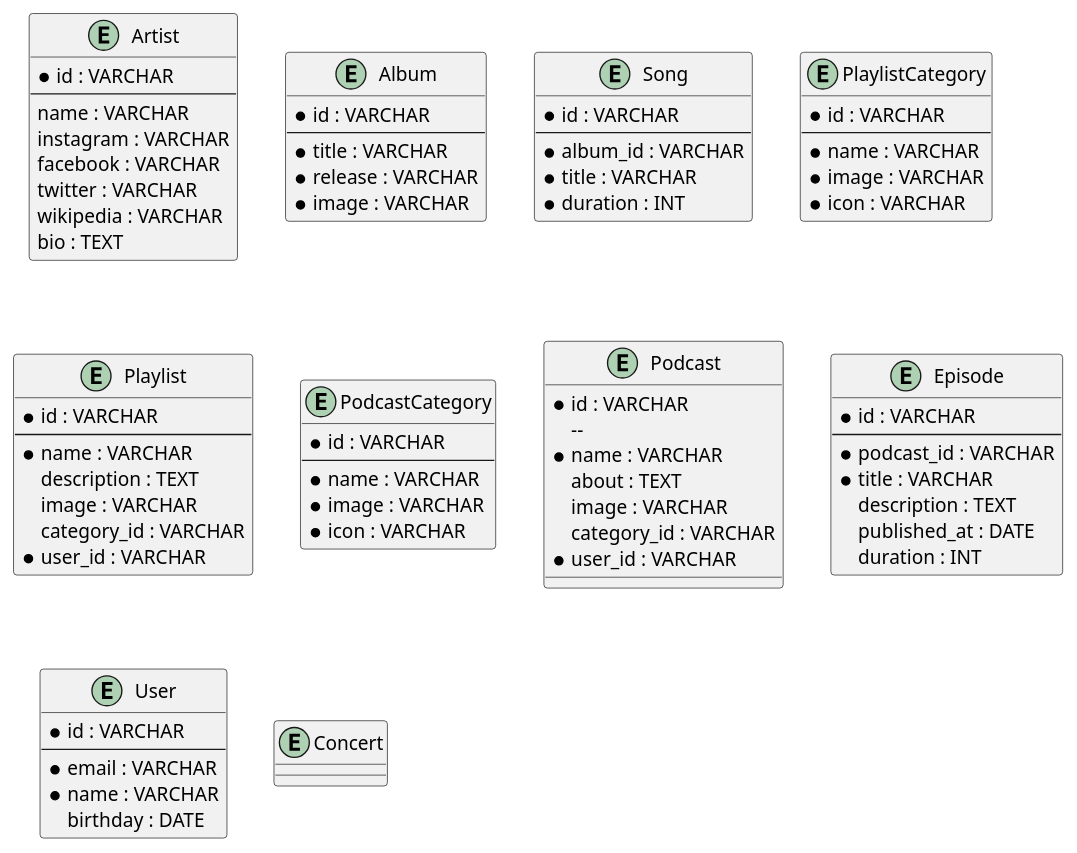
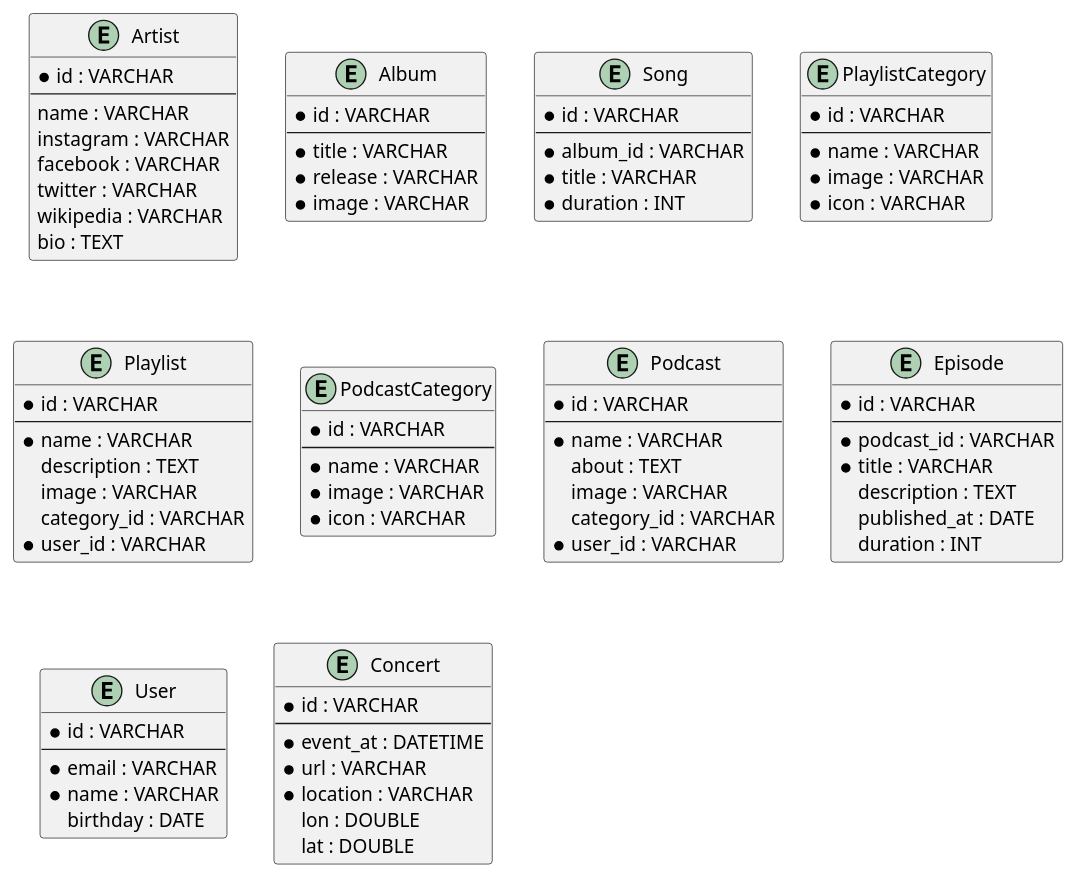
The diagram in atribut_user.puml (muhammad-huzaifah/database_design), drawn with PlantUML before and after one commit.

Commit message:
add atribut user

```diff
--- a/atribut_user.puml
+++ b/atribut_user.puml
@@ -1,87 +1,93 @@
 @startuml
 entity Artist{
     * id : VARCHAR
     --
     name : VARCHAR
     instagram : VARCHAR
     facebook : VARCHAR
     twitter : VARCHAR
     wikipedia : VARCHAR
     bio : TEXT
 }
 
 entity Album{
     * id : VARCHAR
     --
     * title : VARCHAR
     * release : VARCHAR
     * image : VARCHAR
 }
 
 entity Song{
     * id : VARCHAR
     --
     * album_id : VARCHAR
     * title : VARCHAR
     * duration : INT
 }
 
 entity PlaylistCategory{
     * id : VARCHAR
     --
     * name : VARCHAR
     * image : VARCHAR
     * icon : VARCHAR
 }
 
 entity Playlist{
     * id : VARCHAR
     --
     * name : VARCHAR
     description : TEXT
     image : VARCHAR
     category_id : VARCHAR
     *user_id : VARCHAR
 }
 
 entity PodcastCategory{
     * id : VARCHAR
     --
     * name : VARCHAR
     * image : VARCHAR
     * icon : VARCHAR
 }
 
 entity Podcast{
     * id : VARCHAR
-        --
+    --
     * name : VARCHAR
     about : TEXT
     image : VARCHAR
     category_id : VARCHAR
-    *user_id : VARCHAR
+    * user_id : VARCHAR
 }
 
 entity Episode{
     * id : VARCHAR
     --
     * podcast_id : VARCHAR
     * title : VARCHAR
     description : TEXT
     published_at : DATE
     duration : INT
 }
 
 entity User{
     * id : VARCHAR
     --
     * email : VARCHAR
     * name : VARCHAR
     birthday : DATE
 }
 
 entity Concert{
-
+    * id : VARCHAR
+    --
+    * event_at : DATETIME
+    * url : VARCHAR
+    * location : VARCHAR
+    lon : DOUBLE
+    lat : DOUBLE
 }
 
 @enduml
```
